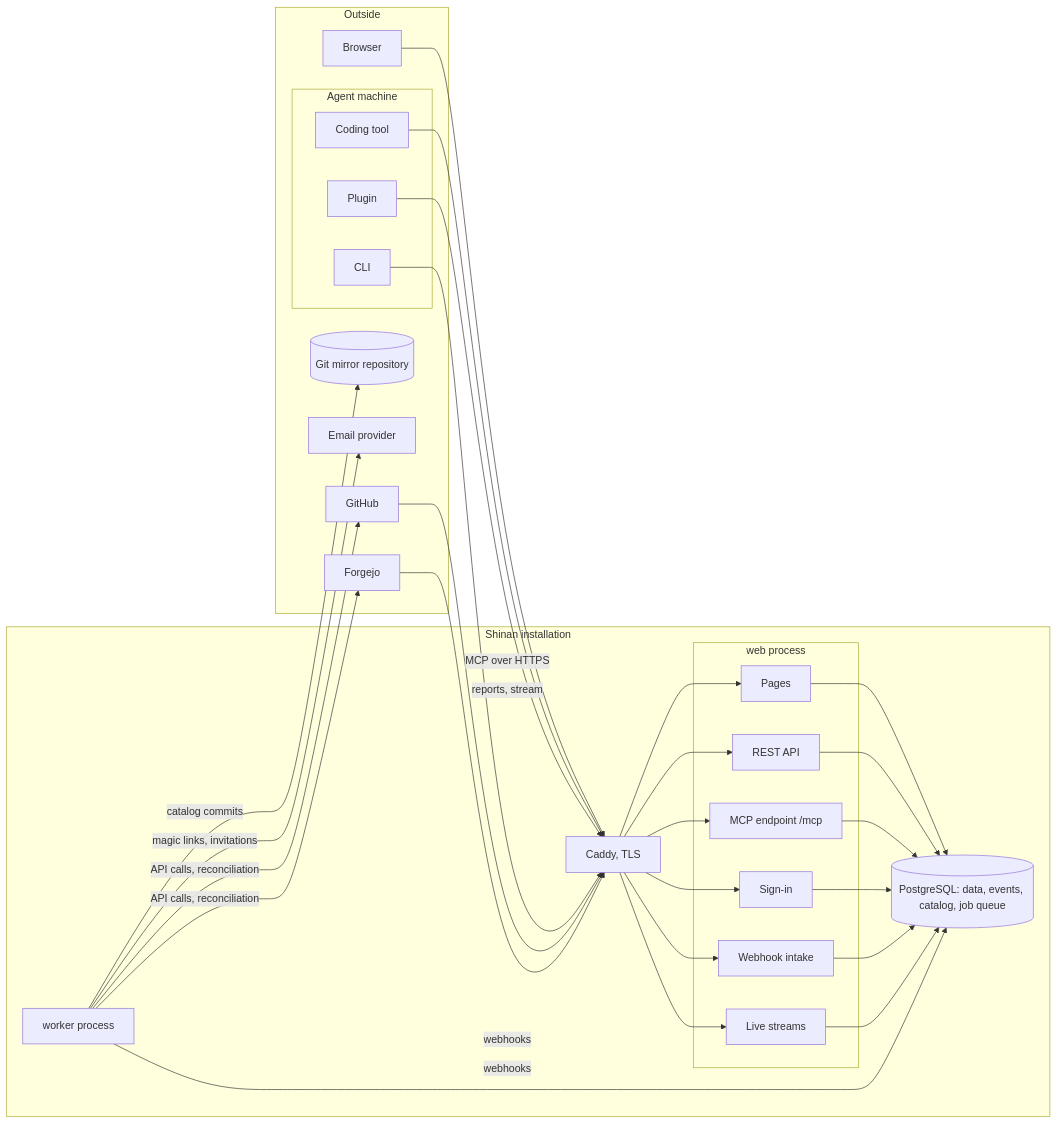
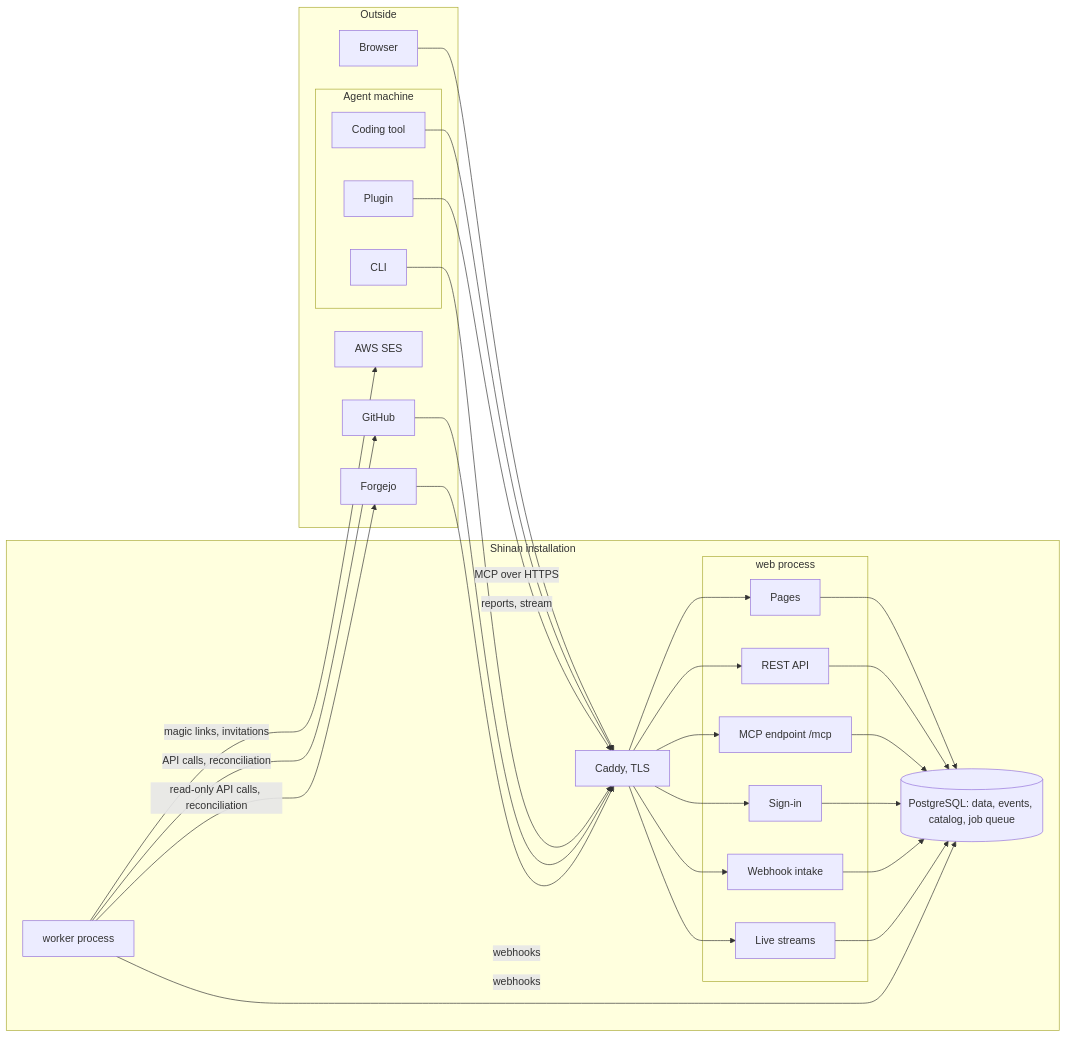
Before and after one commit to guneet-xyz/shinan: the diagram in docs/architecture.md, drawn with Mermaid. The commit also changed other lines of this file, not shown here.

Commit message:
Apply owner follow-up answers (batch 12) to architecture (refs #11)

````diff
--- a/docs/architecture.md
+++ b/docs/architecture.md
@@ -142,40 +139,39 @@
 ```mermaid
 flowchart LR
   subgraph OUT[Outside]
     B[Browser]
     GH[GitHub]
     FJ[Forgejo]
-    MIR[(Git mirror repository)]
-    SMTP[Email provider]
+    SES[AWS SES]
     subgraph AM[Agent machine]
       CT[Coding tool]
       PL[Plugin]
       CLI[CLI]
     end
   end
   subgraph SI[Shinan installation]
     C[Caddy, TLS]
     subgraph WEB[web process]
       UI[Pages]
       API[REST API]
       MCP[MCP endpoint /mcp]
       AUTH[Sign-in]
       WH[Webhook intake]
       SSE[Live streams]
     end
     WK[worker process]
     DB[(PostgreSQL: data, events, catalog, job queue)]
   end
   B --> C
   CT -->|MCP over HTTPS| C
   PL -->|reports, stream| C
   CLI --> C
   GH -->|webhooks| C
   FJ -->|webhooks| C
   C --> UI & API & MCP & AUTH & WH & SSE
   UI & API & MCP & AUTH & WH & SSE --> DB
   WK --> DB
-  WK -->|API calls, reconciliation| GH & FJ
-  WK -->|catalog commits| MIR
-  WK -->|magic links, invitations| SMTP
+  WK -->|API calls, reconciliation| GH
+  WK -->|read-only API calls, reconciliation| FJ
+  WK -->|magic links, invitations| SES
 ```
````
